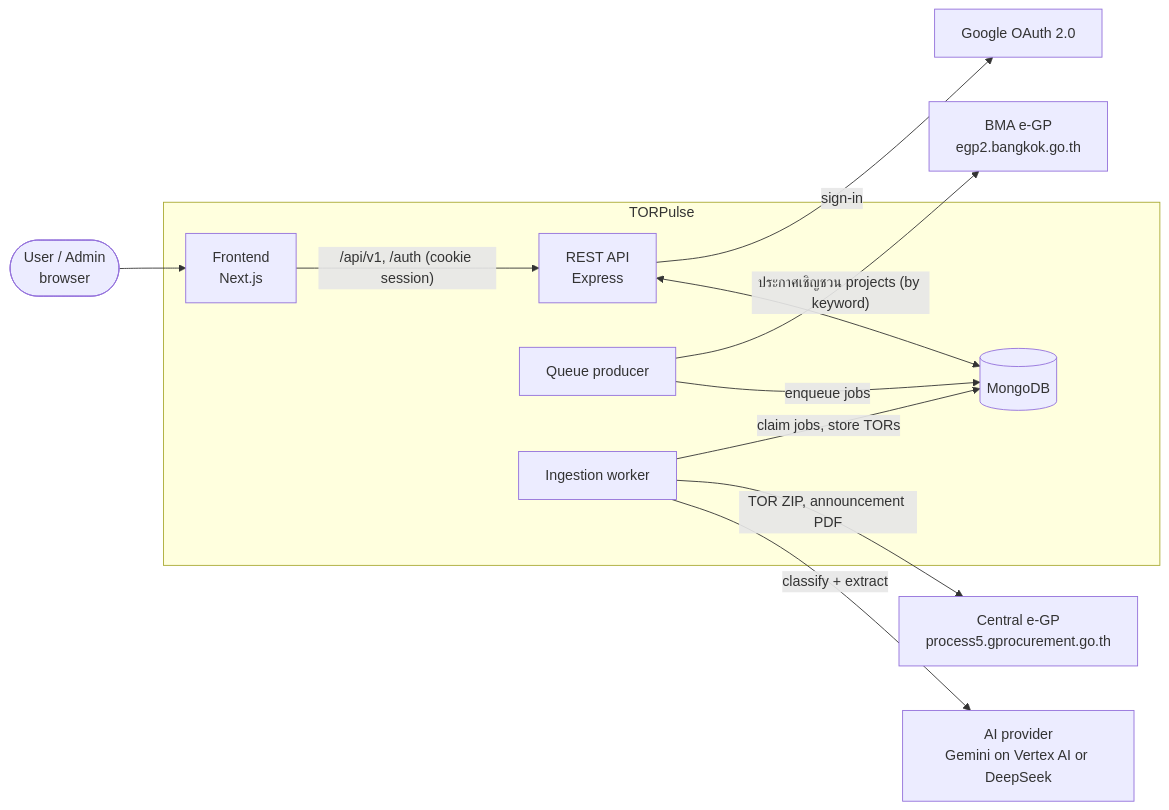
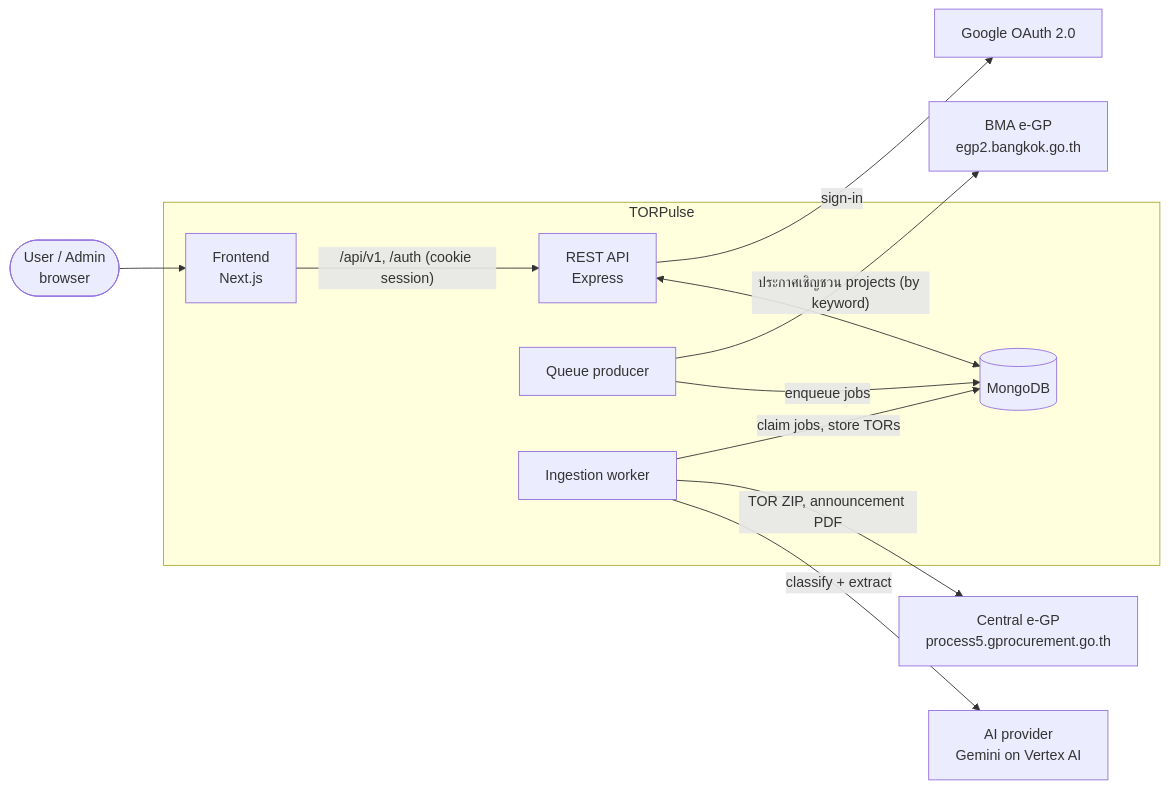
One commit to Doggo-CSP/TORPulse changed the first of 6 diagrams in docs/system-architecture.md. Above: the diagram before and after it, drawn with Mermaid. The commit also changed other lines of this file and 13 other files, not shown here.

````diff
--- a/docs/system-architecture.md
+++ b/docs/system-architecture.md
@@ -7,27 +7,27 @@
 ```mermaid
 flowchart LR
   user([User / Admin<br/>browser])
 
   subgraph torpulse[TORPulse]
     fe[Frontend<br/>Next.js]
     api[REST API<br/>Express]
     producer[Queue producer]
     worker[Ingestion worker]
     db[(MongoDB)]
   end
 
   google[Google OAuth 2.0]
   bma[BMA e-GP<br/>egp2.bangkok.go.th]
   egp[Central e-GP<br/>process5.gprocurement.go.th]
-  ai[AI provider<br/>Gemini on Vertex AI or DeepSeek]
+  ai[AI provider<br/>Gemini on Vertex AI]
 
   user --> fe
   fe -- "/api/v1, /auth (cookie session)" --> api
   api -- sign-in --> google
   api <--> db
   producer -- "ประกาศเชิญชวน projects (by keyword)" --> bma
   producer -- enqueue jobs --> db
   worker -- "claim jobs, store TORs" --> db
   worker -- "TOR ZIP, announcement PDF" --> egp
   worker -- classify + extract --> ai
 ```
````
